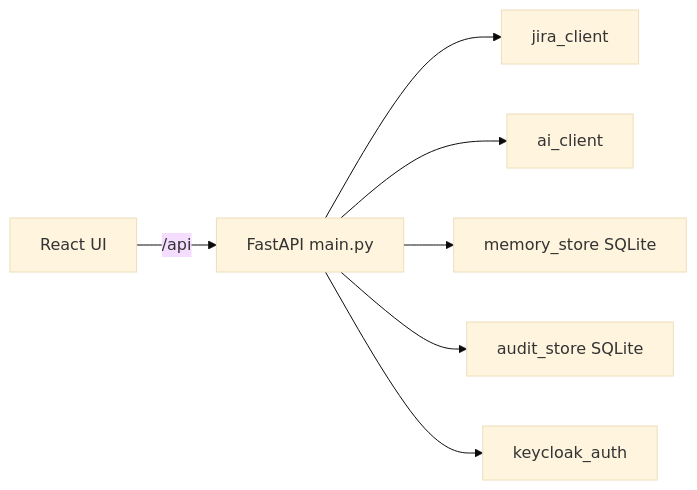
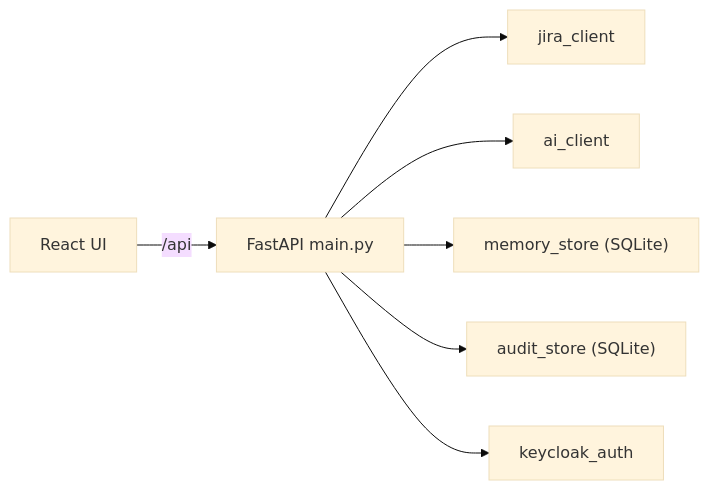
One commit to prashant1507/test-intellect-ai changed the diagram in README.md. Above: the diagram before and after it, drawn with Mermaid (base theme). The commit also changed other lines of this file, not shown here.

````diff
--- a/README.md
+++ b/README.md
@@ -24,9 +24,9 @@
 ```mermaid
 flowchart LR
-  UI[React UI] -->|/api| API[FastAPI main.py]
-  API --> JIRA[jira_client]
-  API --> LLM[ai_client]
-  API --> MEM[memory_store SQLite]
-  API --> AUD[audit_store SQLite]
-  API --> KC[keycloak_auth]
+  UI["React UI"] -->|/api| API["FastAPI main.py"]
+  API --> JIRA["jira_client"]
+  API --> LLM["ai_client"]
+  API --> MEM["memory_store (SQLite)"]
+  API --> AUD["audit_store (SQLite)"]
+  API --> KC["keycloak_auth"]
 ```
````
